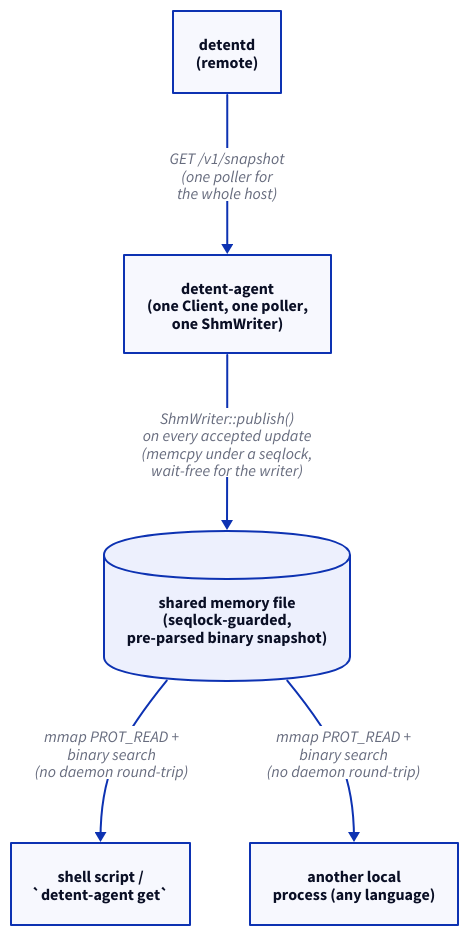
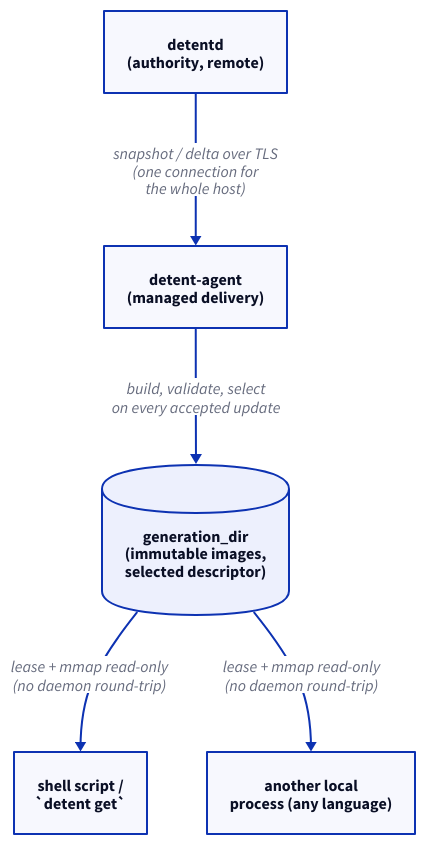
The diagram in diagrams/07_agent.d2 (Kronuz/Detent), drawn with D2 before and after one commit. The commit also changed 59 other files, not shown here.

```diff
--- a/diagrams/07_agent.d2
+++ b/diagrams/07_agent.d2
@@ -1,35 +1,29 @@
-# The host-local agent: one warm Client publishing a pre-parsed, ready-to-
-# evaluate binary snapshot into a seqlock-guarded, memory-mapped file --
-# every local reader mmaps it directly instead of round-tripping to the
-# daemon (a fresh short-lived process per `detent-agent get` invocation).
-# Simpler than a per-key TTL cache (the pattern this is modeled on) needs to
-# be, because detent::Client already keeps one whole versioned snapshot
-# fresh by itself -- the agent's only job is to share that, and to do so as
-# cheaply as a reader can possibly ask for it: no socket, no request/
-# response round trip, no JSON parsing on the read path at all.
+# The host-local managed agent: one TLS delivery per host, published as
+# immutable generations on disk. Every local reader maps the selected
+# generation read-only instead of round-tripping to a daemon.
 direction: down
 
-detentd: detentd\n(remote) {
+authority: detentd\n(authority, remote) {
   shape: rectangle
 }
 
-agent: detent-agent\n(one Client, one poller,\none ShmWriter) {
+agent: detent-agent\n(managed delivery) {
   shape: rectangle
 }
 
-shm: shared memory file\n(seqlock-guarded,\npre-parsed binary snapshot) {
+store: generation_dir\n(immutable images,\nselected descriptor) {
   shape: cylinder
 }
 
-reader_a: shell script /\n`detent-agent get` {
+reader_a: shell script /\n`detent get` {
   shape: rectangle
 }
 
 reader_b: another local\nprocess (any language) {
   shape: rectangle
 }
 
-detentd -> agent: "GET /v1/snapshot\n(one poller for\nthe whole host)"
-agent -> shm: "ShmWriter::publish()\non every accepted update\n(memcpy under a seqlock,\nwait-free for the writer)"
-shm -> reader_a: "mmap PROT_READ +\nbinary search\n(no daemon round-trip)"
-shm -> reader_b: "mmap PROT_READ +\nbinary search\n(no daemon round-trip)"
+authority -> agent: "snapshot / delta over TLS\n(one connection for\nthe whole host)"
+agent -> store: "build, validate, select\non every accepted update"
+store -> reader_a: "lease + mmap read-only\n(no daemon round-trip)"
+store -> reader_b: "lease + mmap read-only\n(no daemon round-trip)"
```
